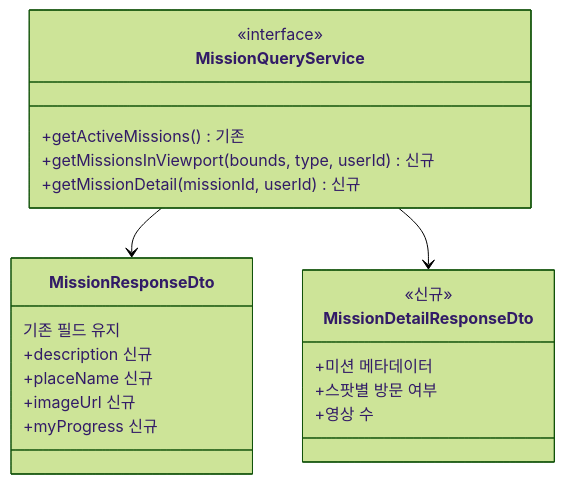
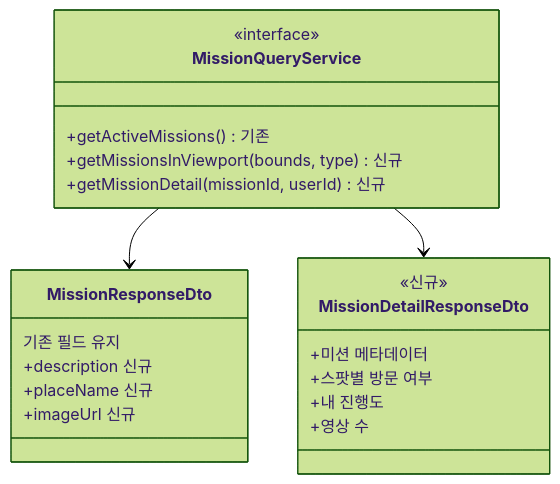
Before and after one commit to ASM-MSG/BE: the second of 2 diagrams in docs/prd/mission-map-explore.md, drawn with Mermaid (forest theme). The commit also changed other lines of this file, not shown here.

Commit message:
MSG-368 docs: 진행도를 목록이 아니라 상세가 내려주도록 다이어그램 정정

````diff
--- a/docs/prd/mission-map-explore.md
+++ b/docs/prd/mission-map-explore.md
@@ -132,24 +138,24 @@
 ```mermaid
 classDiagram
     class MissionQueryService {
         <<interface>>
         +getActiveMissions() 기존
-        +getMissionsInViewport(bounds, type, userId) 신규
+        +getMissionsInViewport(bounds, type) 신규
         +getMissionDetail(missionId, userId) 신규
     }
     class MissionResponseDto {
         기존 필드 유지
         +description 신규
         +placeName 신규
         +imageUrl 신규
-        +myProgress 신규
     }
     class MissionDetailResponseDto {
         <<신규>>
         +미션 메타데이터
         +스팟별 방문 여부
+        +내 진행도
         +영상 수
     }
     MissionQueryService --> MissionResponseDto
     MissionQueryService --> MissionDetailResponseDto
 ```
````
